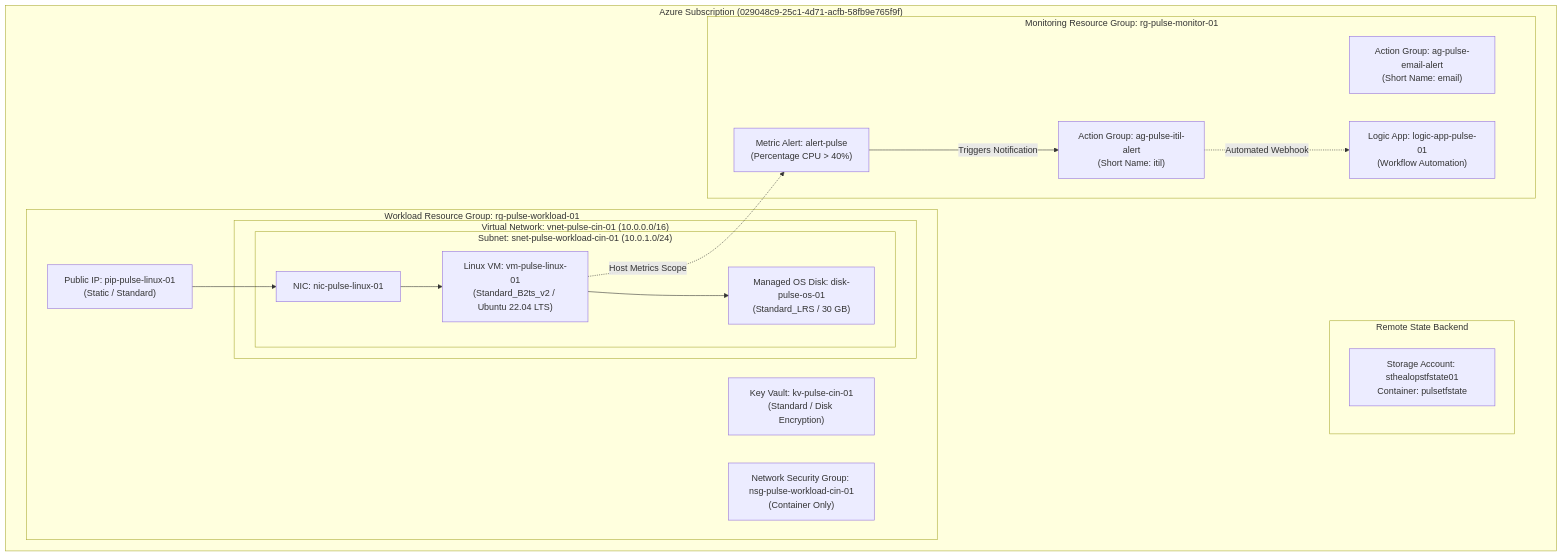
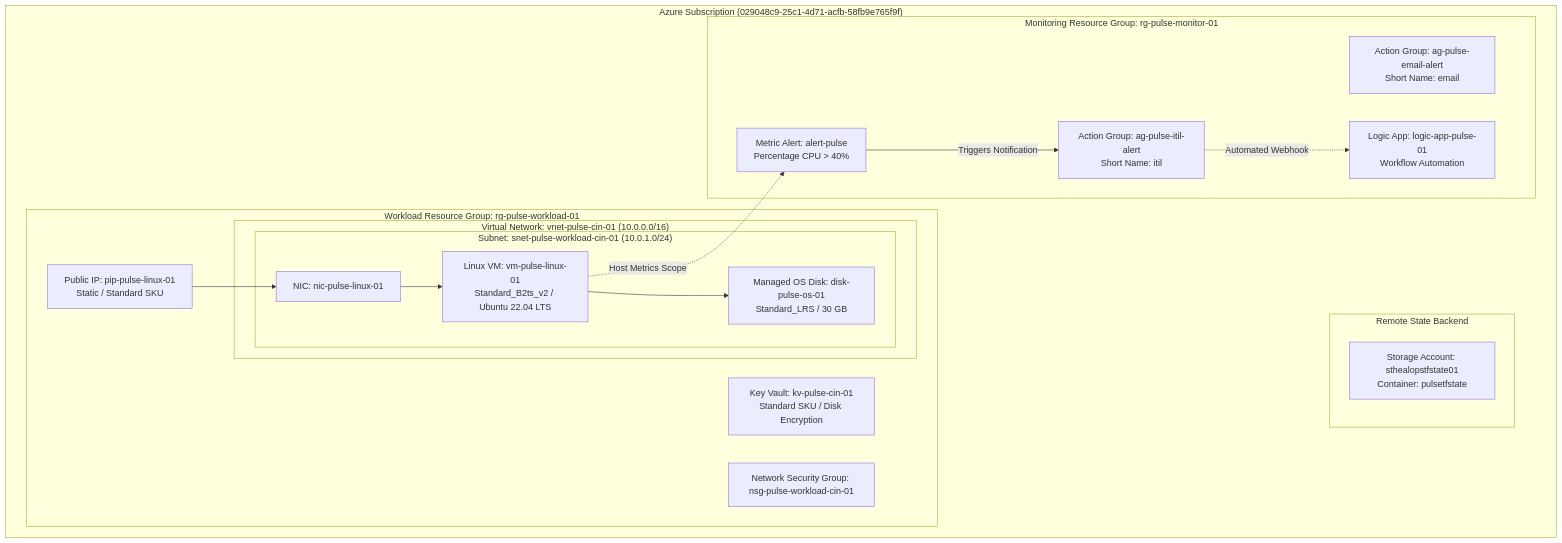
One commit to pahujarvp/pulse-terraform changed the first of 2 diagrams in README.md. Above: the diagram before and after it, drawn with Mermaid. The commit also changed other lines of this file and 6 other files, not shown here.

Commit message:
docs: update architecture showcase documentation and diagrams

````diff
--- a/README.md
+++ b/README.md
@@ -28,37 +40,37 @@
 ```mermaid
 flowchart TD
     subgraph Azure["Azure Subscription (029048c9-25c1-4d71-acfb-58fb9e765f9f)"]
         subgraph TFState["Remote State Backend"]
             ST["Storage Account: sthealopstfstate01<br/>Container: pulsetfstate"]
         end
 
         subgraph Workload_RG["Workload Resource Group: rg-pulse-workload-01"]
-            KV["Key Vault: kv-pulse-cin-01<br/>(Standard / Disk Encryption)"]
-            PIP["Public IP: pip-pulse-linux-01<br/>(Static / Standard)"]
+            KV["Key Vault: kv-pulse-cin-01<br/>Standard SKU / Disk Encryption"]
+            PIP["Public IP: pip-pulse-linux-01<br/>Static / Standard SKU"]
             
             subgraph VNet["Virtual Network: vnet-pulse-cin-01 (10.0.0.0/16)"]
                 subgraph Subnet["Subnet: snet-pulse-workload-cin-01 (10.0.1.0/24)"]
                     NIC["NIC: nic-pulse-linux-01"]
-                    VM["Linux VM: vm-pulse-linux-01<br/>(Standard_B2ts_v2 / Ubuntu 22.04 LTS)"]
-                    OSD["Managed OS Disk: disk-pulse-os-01<br/>(Standard_LRS / 30 GB)"]
+                    VM["Linux VM: vm-pulse-linux-01<br/>Standard_B2ts_v2 / Ubuntu 22.04 LTS"]
+                    OSD["Managed OS Disk: disk-pulse-os-01<br/>Standard_LRS / 30 GB"]
                     NIC --> VM
                     VM --> OSD
                 end
             end
             
-            NSG["Network Security Group: nsg-pulse-workload-cin-01<br/>(Container Only)"]
+            NSG["Network Security Group: nsg-pulse-workload-cin-01"]
             PIP --> NIC
         end
 
         subgraph Monitoring_RG["Monitoring Resource Group: rg-pulse-monitor-01"]
-            AG_EMAIL["Action Group: ag-pulse-email-alert<br/>(Short Name: email)"]
-            AG_ITIL["Action Group: ag-pulse-itil-alert<br/>(Short Name: itil)"]
-            LOGIC["Logic App: logic-app-pulse-01<br/>(Workflow Automation)"]
-            ALERT["Metric Alert: alert-pulse<br/>(Percentage CPU > 40%)"]
+            AG_EMAIL["Action Group: ag-pulse-email-alert<br/>Short Name: email"]
+            AG_ITIL["Action Group: ag-pulse-itil-alert<br/>Short Name: itil"]
+            LOGIC["Logic App: logic-app-pulse-01<br/>Workflow Automation"]
+            ALERT["Metric Alert: alert-pulse<br/>Percentage CPU > 40%"]
         end
     end
 
     VM -.->|Host Metrics Scope| ALERT
     ALERT -->|Triggers Notification| AG_ITIL
     AG_ITIL -.->|Automated Webhook| LOGIC
 ```
````
